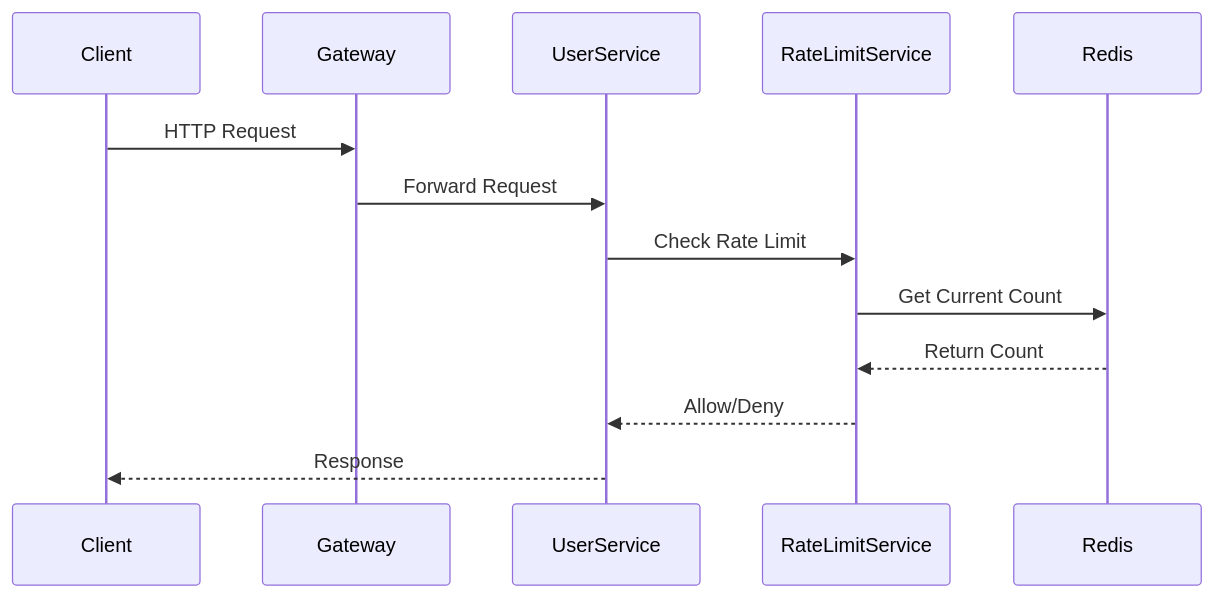
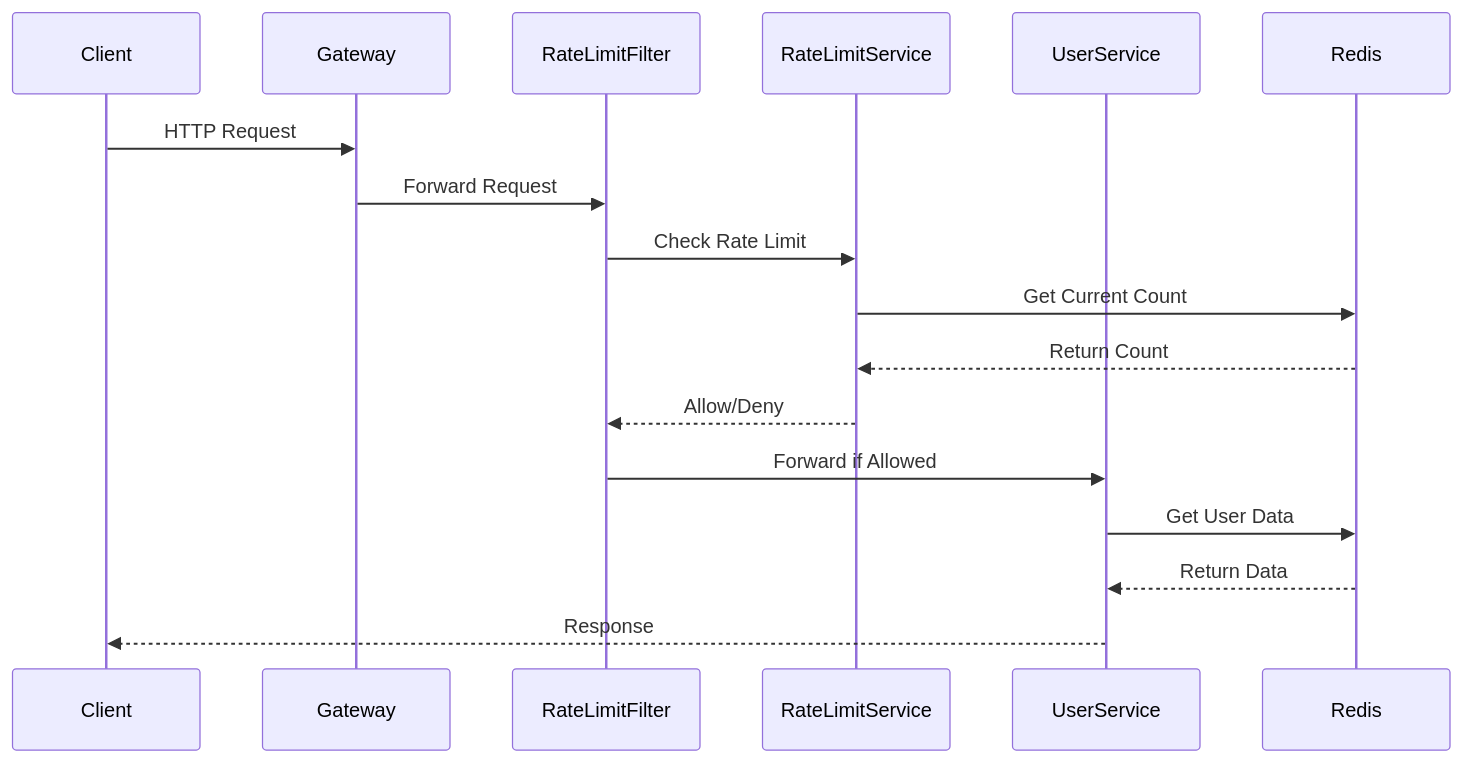
Before and after one commit to ramisback/istio-rate-limiter: the fifth of 17 diagrams in docs/01-architecture.md, drawn with Mermaid. The commit also changed other lines of this file and 3 other files, not shown here.

Commit message:
docs: updated flow diagrams

````diff
--- a/docs/01-architecture.md
+++ b/docs/01-architecture.md
@@ -243,16 +249,20 @@
 ```mermaid
 sequenceDiagram
     participant Client
     participant Gateway
+    participant RateLimitFilter
+    participant RateLimitService
     participant UserService
-    participant RateLimitService
     participant Redis
 
     Client->>Gateway: HTTP Request
-    Gateway->>UserService: Forward Request
-    UserService->>RateLimitService: Check Rate Limit
+    Gateway->>RateLimitFilter: Forward Request
+    RateLimitFilter->>RateLimitService: Check Rate Limit
     RateLimitService->>Redis: Get Current Count
     Redis-->>RateLimitService: Return Count
-    RateLimitService-->>UserService: Allow/Deny
+    RateLimitService-->>RateLimitFilter: Allow/Deny
+    RateLimitFilter->>UserService: Forward if Allowed
+    UserService->>Redis: Get User Data
+    Redis-->>UserService: Return Data
     UserService-->>Client: Response
 ```
````
